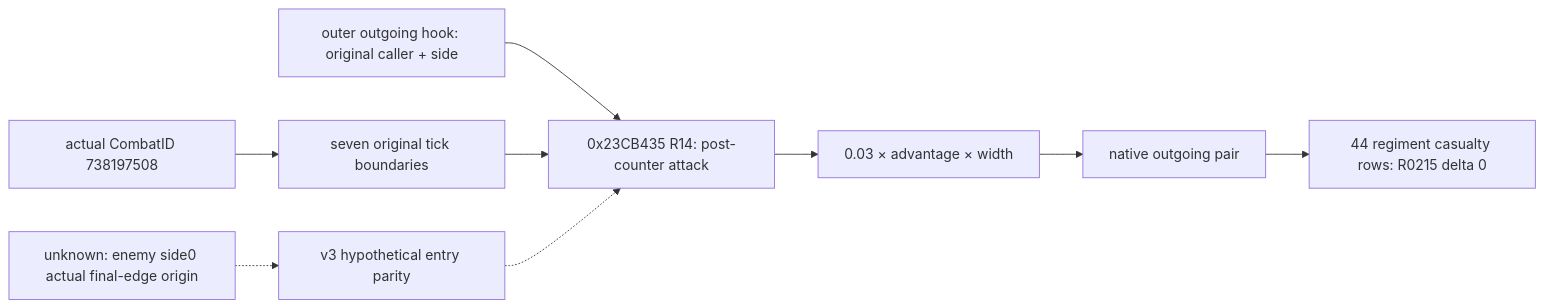
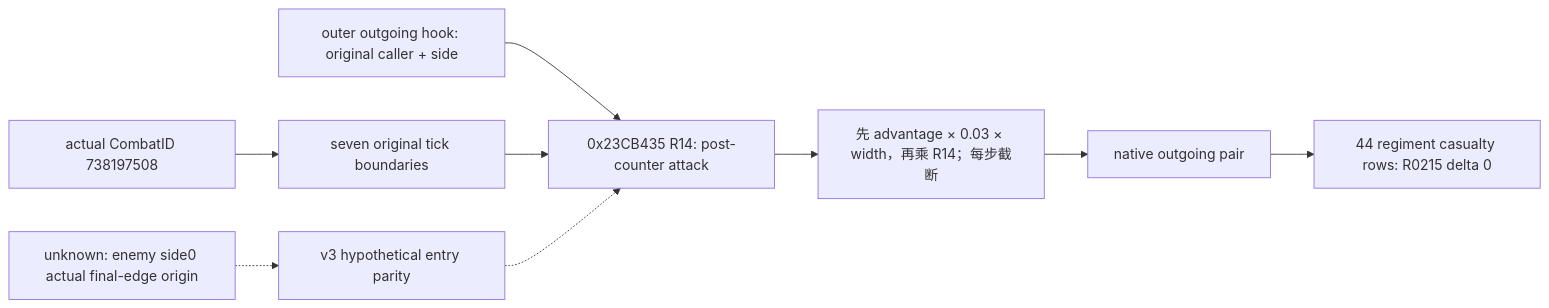
One commit to XenoAmess/ck3_eternal_recurrence changed the fourth of 9 diagrams in docs/ck3-native-ai/battle-simulation.md. Above: the diagram before and after it, drawn with Mermaid. The commit also changed other lines of this file and 3 other files, not shown here.

````diff
--- a/docs/ck3-native-ai/battle-simulation.md
+++ b/docs/ck3-native-ai/battle-simulation.md
@@ -344,11 +362,11 @@
 ```mermaid
 flowchart LR
   E["actual CombatID 738197508"] --> T["seven original tick boundaries"]
   H["outer outgoing hook: original caller + side"] --> R
   T --> R["0x23CB435 R14: post-counter attack"]
-  R --> S["0.03 × advantage × width"]
+  R --> S["先 advantage × 0.03 × width，再乘 R14；每步截断"]
   S --> O["native outgoing pair"]
   O --> C["44 regiment casualty rows: R0215 delta 0"]
   U["unknown: enemy side0 actual final-edge origin"] -.-> V["v3 hypothetical entry parity"]
   V -.-> R
 ```
````
